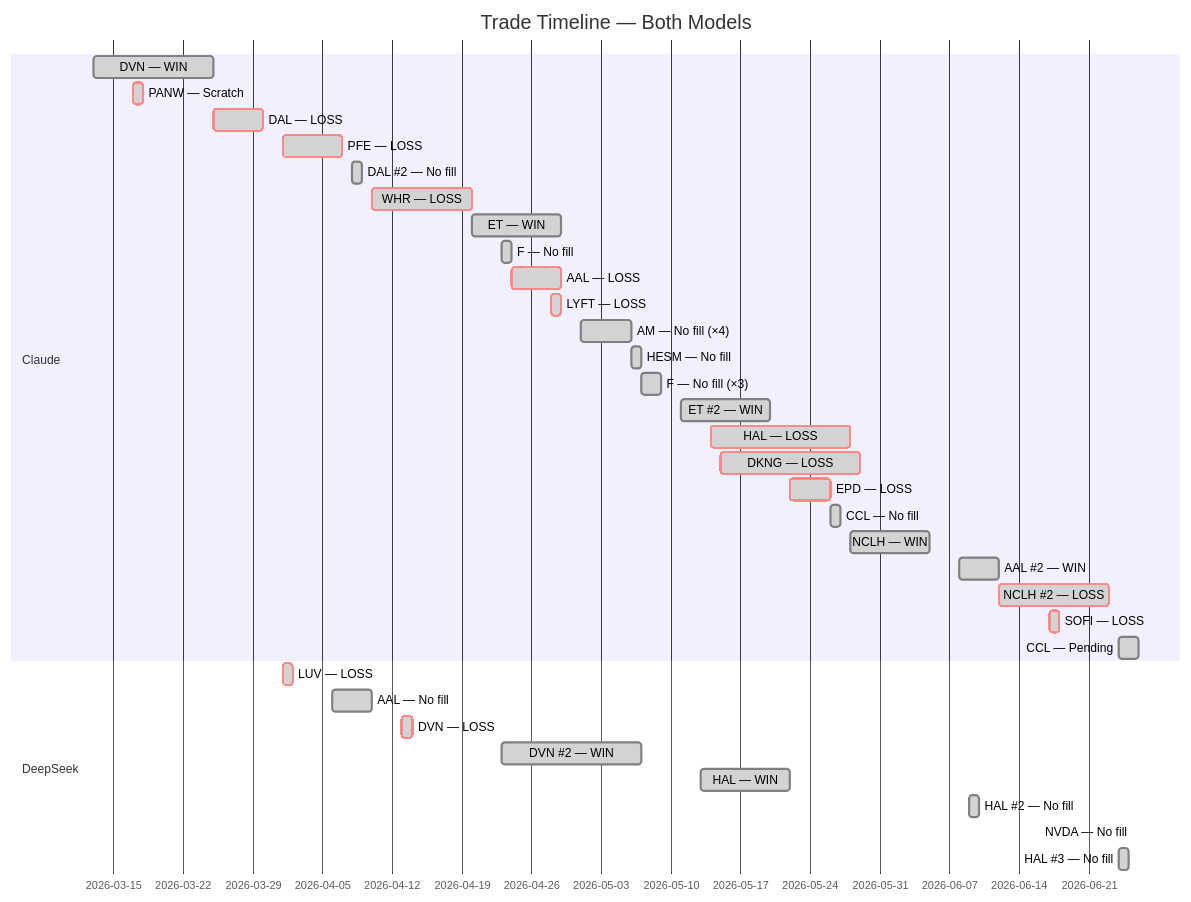
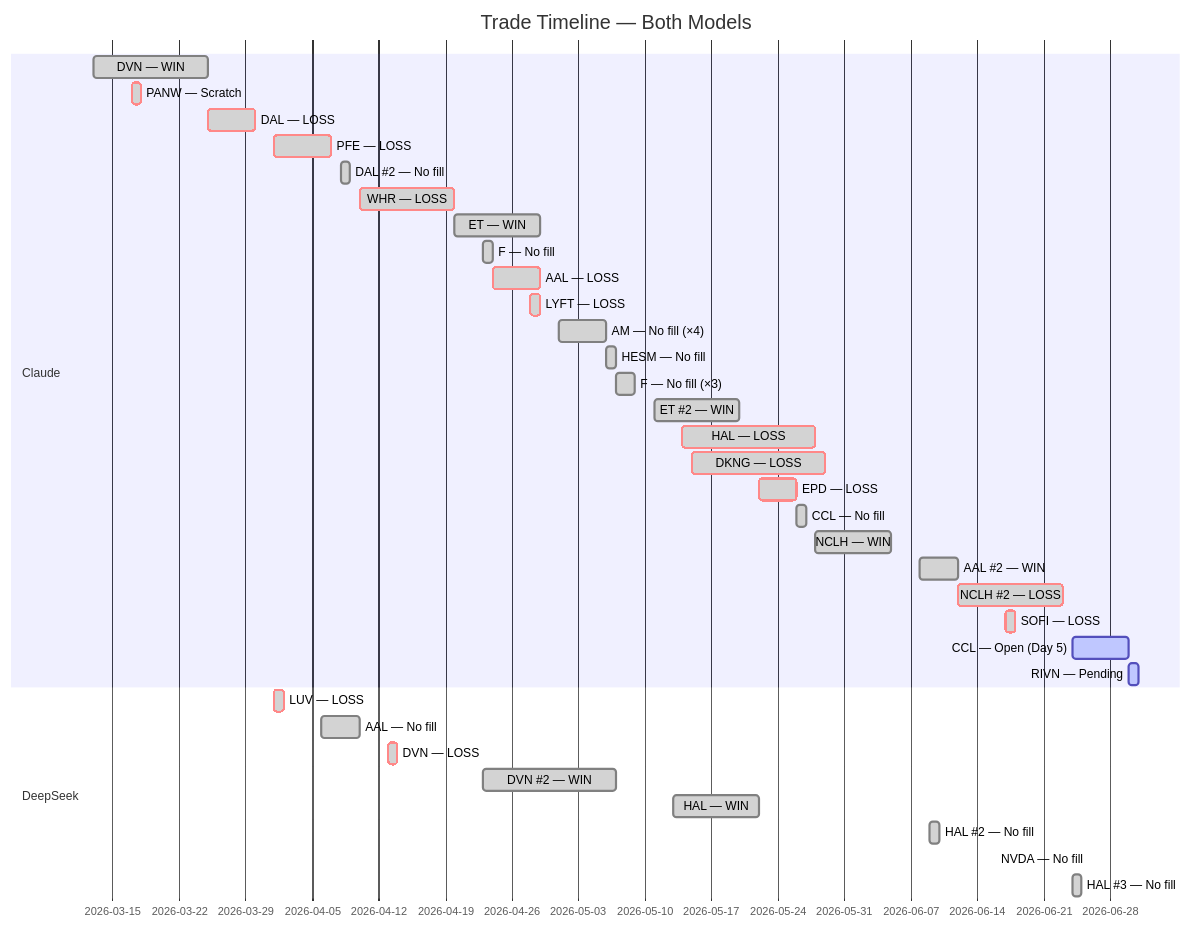
Before and after one commit to zachisit/ai-auto-buy-thesis: the fifth of 5 diagrams in README.md, drawn with Mermaid. The commit also changed other lines of this file and 4 other files, not shown here.

````diff
--- a/README.md
+++ b/README.md
@@ -63,38 +63,39 @@
 ```mermaid
 gantt
     title Trade Timeline — Both Models
     dateFormat YYYY-MM-DD
     section Claude
     DVN — WIN            :done,    2026-03-13, 2026-03-25
     PANW — Scratch       :crit, done, 2026-03-17, 2026-03-18
     DAL — LOSS           :crit, done, 2026-03-25, 2026-03-30
     PFE — LOSS           :crit, done, 2026-04-01, 2026-04-07
     DAL #2 — No fill     :done,    2026-04-08, 2026-04-09
     WHR — LOSS           :crit, done, 2026-04-10, 2026-04-20
     ET — WIN             :done,    2026-04-20, 2026-04-29
     F — No fill          :done,    2026-04-23, 2026-04-24
     AAL — LOSS           :crit, done, 2026-04-24, 2026-04-29
     LYFT — LOSS          :crit, done, 2026-04-28, 2026-04-29
     AM — No fill (×4)    :done,    2026-05-01, 2026-05-06
     HESM — No fill       :done,    2026-05-06, 2026-05-07
     F — No fill (×3)     :done,    2026-05-07, 2026-05-09
     ET #2 — WIN          :done,    2026-05-11, 2026-05-20
     HAL — LOSS           :crit, done, 2026-05-14, 2026-05-28
     DKNG — LOSS          :crit, done, 2026-05-15, 2026-05-29
     EPD — LOSS           :crit, done, 2026-05-22, 2026-05-26
     CCL — No fill        :done,    2026-05-26, 2026-05-27
     NCLH — WIN           :done,    2026-05-28, 2026-06-05
     AAL #2 — WIN         :done,    2026-06-08, 2026-06-12
     NCLH #2 — LOSS       :crit, done, 2026-06-12, 2026-06-23
     SOFI — LOSS          :crit, done, 2026-06-17, 2026-06-18
-    CCL — Pending        :done,    2026-06-24, 2026-06-26
+    CCL — Open (Day 5)   :active,  2026-06-24, 2026-06-30
+    RIVN — Pending       :active,  2026-06-30, 2026-07-01
     section DeepSeek
     LUV — LOSS           :crit, done, 2026-04-01, 2026-04-02
     AAL — No fill        :done,    2026-04-06, 2026-04-10
     DVN — LOSS           :crit, done, 2026-04-13, 2026-04-14
     DVN #2 — WIN         :done,    2026-04-23, 2026-05-07
     HAL — WIN            :done,    2026-05-13, 2026-05-22
     HAL #2 — No fill    :done,    2026-06-09, 2026-06-10
     NVDA — No fill      :done,    2026-06-16, 2026-06-16
     HAL #3 — No fill    :done,    2026-06-24, 2026-06-25
 ```
````
